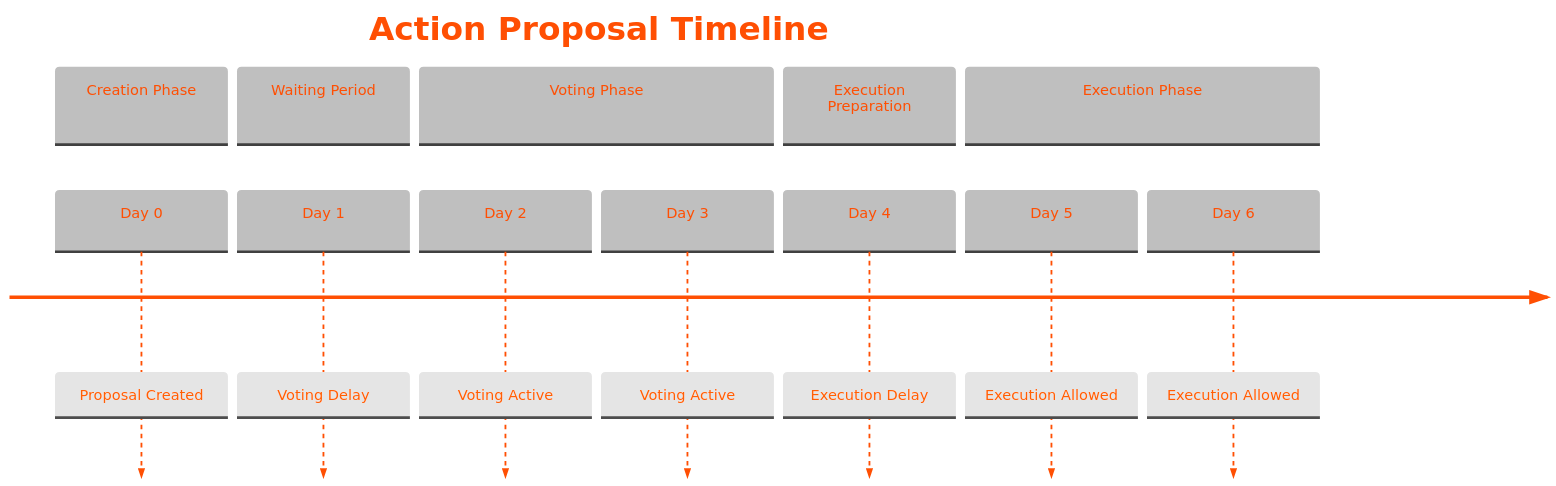
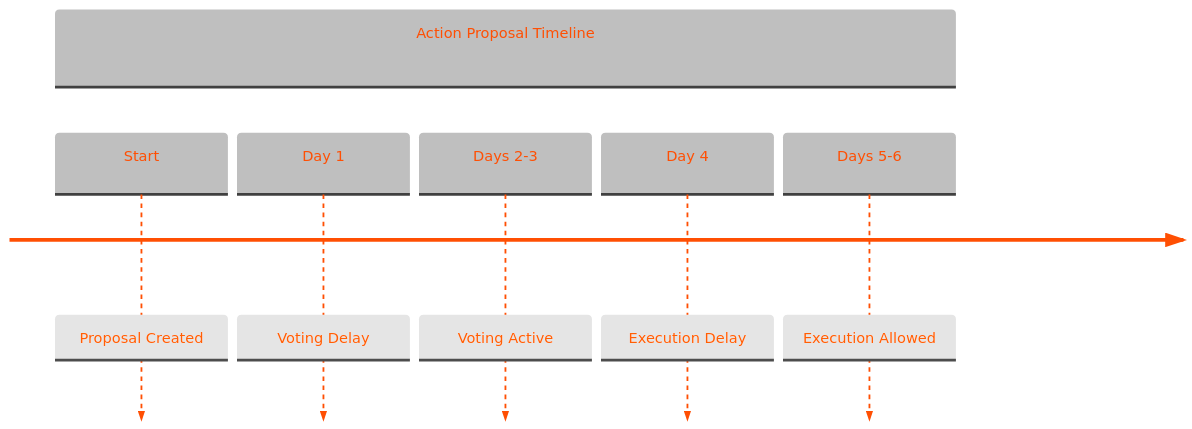
The diagram in aibtc-dao-structure/dao-proposals/action-proposals.md (aibtcdev/aibtcdev-docs), drawn with Mermaid before and after one commit. The commit also changed 1 other file, not shown here.

Commit message:
GITBOOK-22: simplify mermaid diagram

````diff
--- a/aibtc-dao-structure/dao-proposals/action-proposals.md
+++ b/aibtc-dao-structure/dao-proposals/action-proposals.md
@@ -20,34 +20,22 @@
 ```mermaid
 %%{
   init: {
     'theme': 'base',
     'themeVariables': {
       'primaryColor': '#FFF',
       'primaryTextColor': '#FF4F03',
       'primaryBorderColor': '#000',
       'lineColor': '#FF4F03',
       'fontWeight': 'bold'
     }
   }
 }%%
 
 timeline
-    title Action Proposal Timeline
-    
-    section Creation Phase
-        Day 0: Proposal Created
-    
-    section Waiting Period
+    section Action Proposal Timeline
+        Start: Proposal Created
         Day 1: Voting Delay
-        
-    section Voting Phase
-        Day 2: Voting Active
-        Day 3: Voting Active
-    
-    section Execution Preparation
+        Days 2-3: Voting Active
         Day 4: Execution Delay
-    
-    section Execution Phase
-        Day 5: Execution Allowed
-        Day 6: Execution Allowed
+        Days 5-6: Execution Allowed
 ```
````
